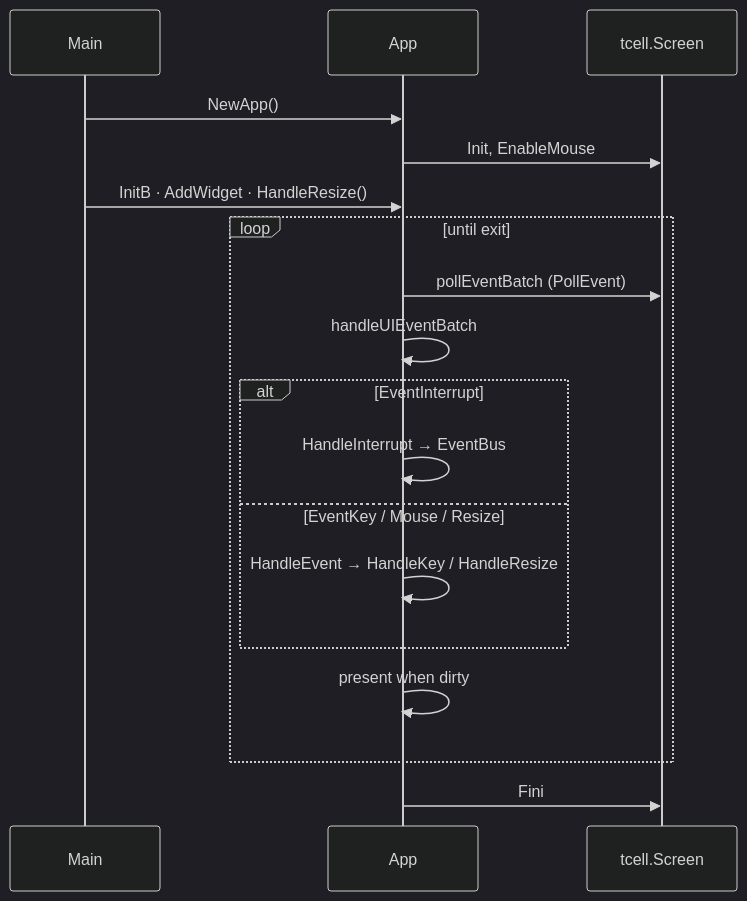
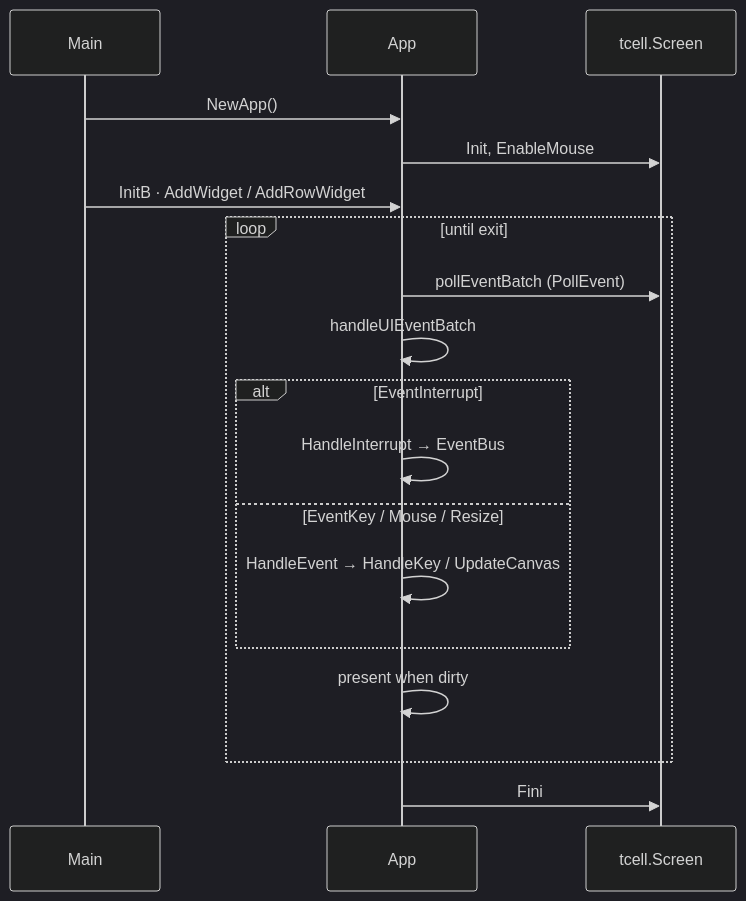
Before and after one commit to yairgd/gdbforge: the first of 2 diagrams in docs/DEVELOPER_GUIDE.md, drawn with Mermaid (dark theme). The commit also changed other lines of this file and 10 other files, not shown here.

````diff
--- a/docs/DEVELOPER_GUIDE.md
+++ b/docs/DEVELOPER_GUIDE.md
@@ -175,21 +175,21 @@
 ```mermaid
 sequenceDiagram
     participant Main
     participant App as App
     participant Screen as tcell.Screen
 
     Main->>App: NewApp()
     App->>Screen: Init, EnableMouse
-    Main->>App: InitB · AddWidget · HandleResize()
+    Main->>App: InitB · AddWidget / AddRowWidget
     loop until exit
         App->>Screen: pollEventBatch (PollEvent)
         App->>App: handleUIEventBatch
         alt EventInterrupt
             App->>App: HandleInterrupt → EventBus
         else EventKey / Mouse / Resize
-            App->>App: HandleEvent → HandleKey / HandleResize
+            App->>App: HandleEvent → HandleKey / UpdateCanvas
         end
         App->>App: present when dirty
     end
     App->>Screen: Fini
 ```
````
